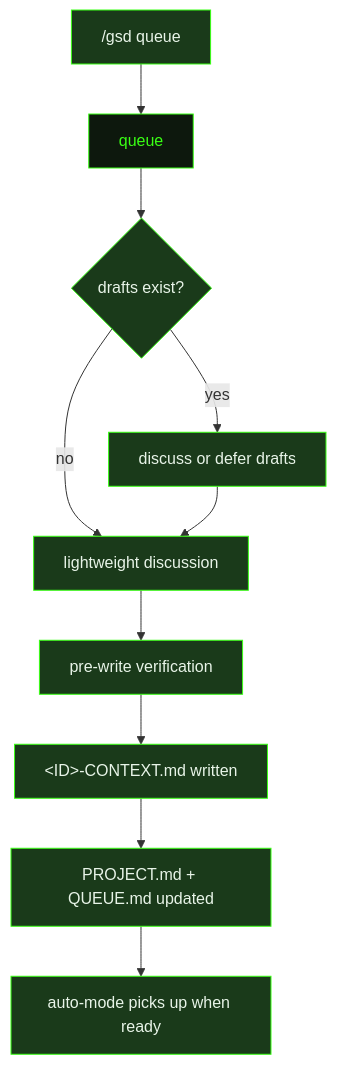
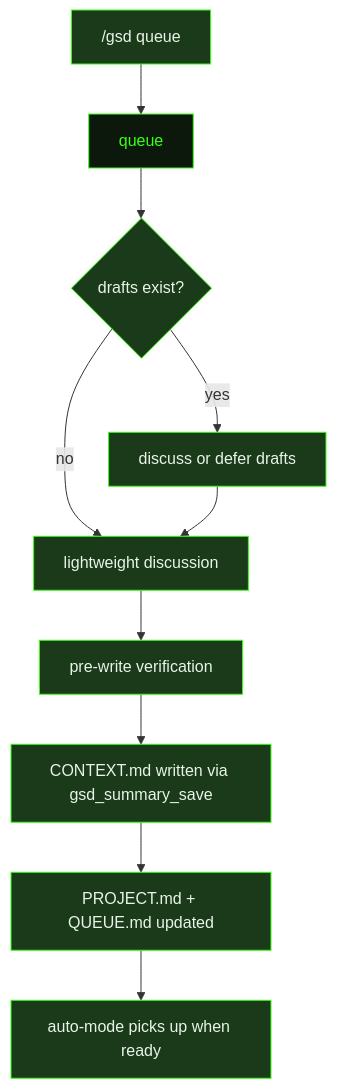
The diagram in src/content/docs/prompts/queue.mdx (shusha-group/gsd2-guide), drawn with Mermaid before and after one commit. The commit also changed other lines of this file and 20 other files, not shown here.

````diff
--- a/src/content/docs/prompts/queue.mdx
+++ b/src/content/docs/prompts/queue.mdx
@@ -22,22 +22,22 @@
 ```mermaid
 flowchart TD
     QueueCommand["/gsd queue"] --> QueuePrompt["queue"]
     QueuePrompt --> DraftCheck{"drafts exist?"}
     DraftCheck -->|"yes"| DraftDiscussion["discuss or defer drafts"]
     DraftCheck -->|"no"| Discussion["lightweight discussion"]
     DraftDiscussion --> Discussion
     Discussion --> PreWrite["pre-write verification"]
-    PreWrite --> ContextFile["&lt;ID&gt;-CONTEXT.md written"]
+    PreWrite --> ContextFile["CONTEXT.md written via gsd_summary_save"]
     ContextFile --> ProjectUpdate["PROJECT.md + QUEUE.md updated"]
     ProjectUpdate --> AutoMode["auto-mode picks up when ready"]
 
     style QueuePrompt fill:#0d180d,stroke:#39ff14,color:#39ff14
     style QueueCommand fill:#1a3a1a,stroke:#39ff14,color:#e8f4e8
     style DraftCheck fill:#1a3a1a,stroke:#39ff14,color:#e8f4e8
     style DraftDiscussion fill:#1a3a1a,stroke:#39ff14,color:#e8f4e8
     style Discussion fill:#1a3a1a,stroke:#39ff14,color:#e8f4e8
     style PreWrite fill:#1a3a1a,stroke:#39ff14,color:#e8f4e8
     style ContextFile fill:#1a3a1a,stroke:#39ff14,color:#e8f4e8
     style ProjectUpdate fill:#1a3a1a,stroke:#39ff14,color:#e8f4e8
     style AutoMode fill:#1a3a1a,stroke:#39ff14,color:#e8f4e8
 ```
````
